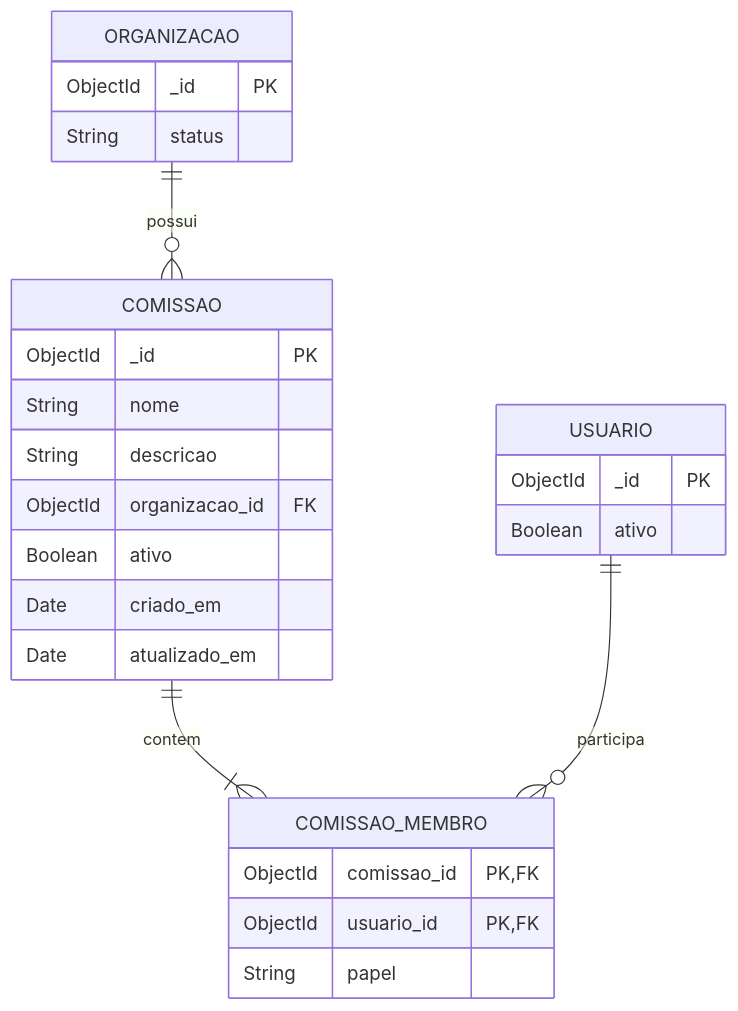
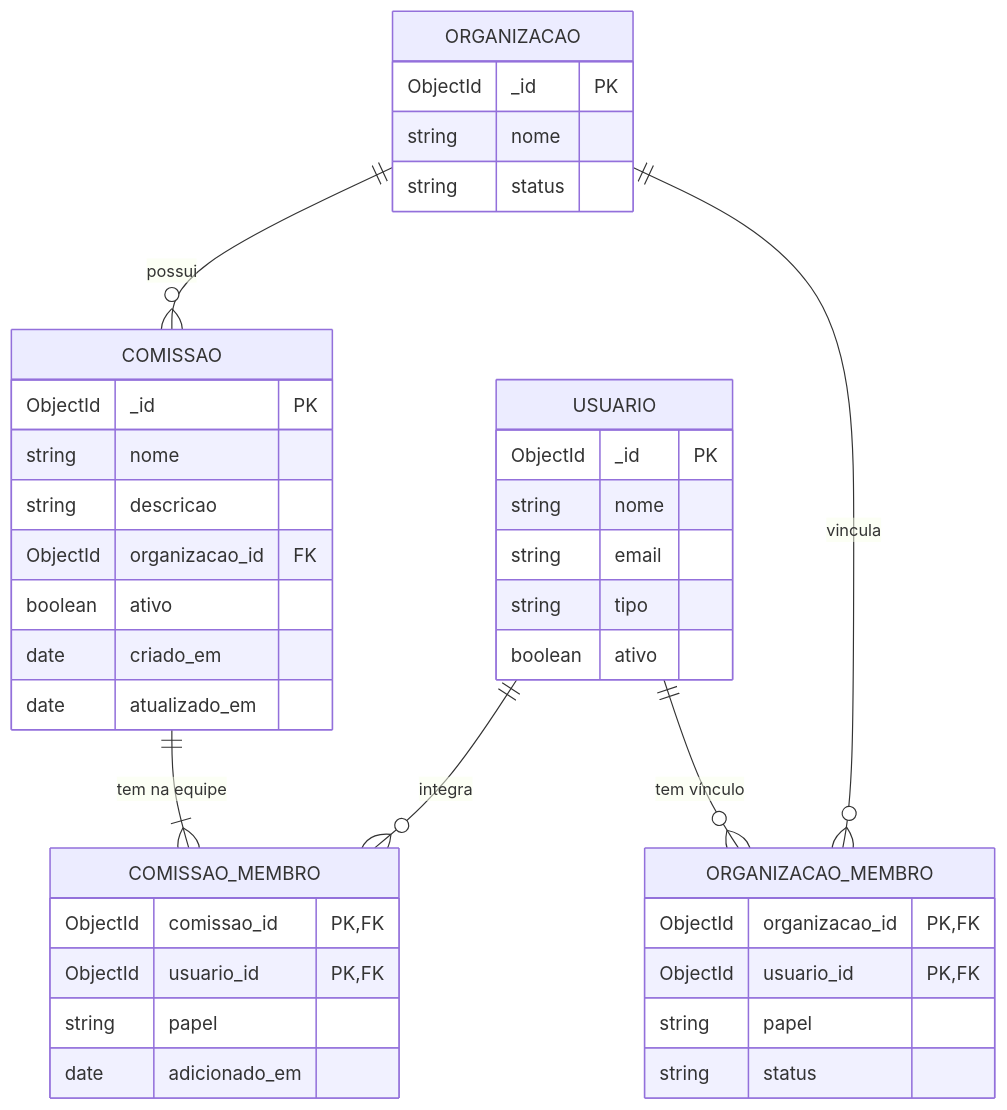
One commit to Conecta-IFSP/DOCUMENTATION changed the diagram in 2 - Incremento1/cadastro-comissao/4 - diagrama-relacional-cadastro-comissao.md. Above: the diagram before and after it, drawn with Mermaid. The commit also changed other lines of this file and 54 other files, not shown here.

````diff
--- a/2 - Incremento1/cadastro-comissao/4 - diagrama-relacional-cadastro-comissao.md
+++ b/2 - Incremento1/cadastro-comissao/4 - diagrama-relacional-cadastro-comissao.md
@@ -11,29 +11,42 @@
 ```mermaid
 erDiagram
     ORGANIZACAO ||--o{ COMISSAO : possui
-    COMISSAO ||--|{ COMISSAO_MEMBRO : contem
-    USUARIO ||--o{ COMISSAO_MEMBRO : participa
+    COMISSAO ||--|{ COMISSAO_MEMBRO : "tem na equipe"
+    USUARIO ||--o{ COMISSAO_MEMBRO : integra
+    ORGANIZACAO ||--o{ ORGANIZACAO_MEMBRO : vincula
+    USUARIO ||--o{ ORGANIZACAO_MEMBRO : "tem vínculo"
 
-    ORGANIZACAO {
-        ObjectId _id PK
-        String status
-    }
     COMISSAO {
         ObjectId _id PK
-        String nome
-        String descricao
+        string nome
+        string descricao
         ObjectId organizacao_id FK
-        Boolean ativo
-        Date criado_em
-        Date atualizado_em
+        boolean ativo
+        date criado_em
+        date atualizado_em
     }
     COMISSAO_MEMBRO {
         ObjectId comissao_id PK,FK
         ObjectId usuario_id PK,FK
-        String papel
+        string papel
+        date adicionado_em
+    }
+    ORGANIZACAO {
+        ObjectId _id PK
+        string nome
+        string status
+    }
+    ORGANIZACAO_MEMBRO {
+        ObjectId organizacao_id PK,FK
+        ObjectId usuario_id PK,FK
+        string papel
+        string status
     }
     USUARIO {
         ObjectId _id PK
-        Boolean ativo
+        string nome
+        string email
+        string tipo
+        boolean ativo
     }
 ```
````
